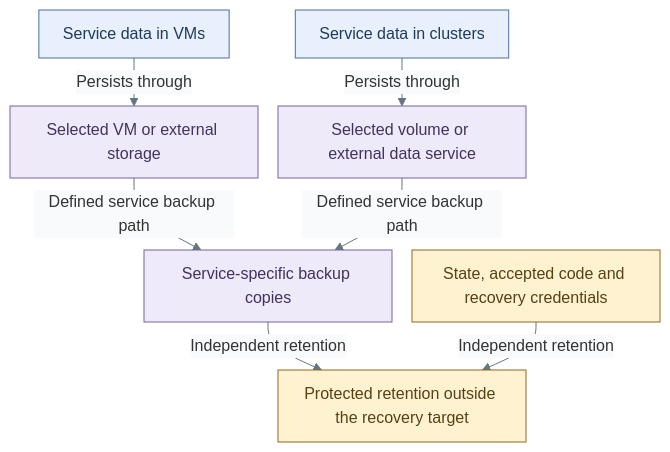
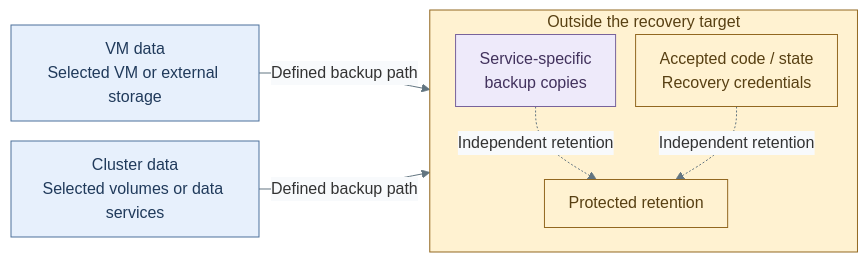
One commit to Rexus/homelab changed the second of 2 diagrams in docs/01-architecture/06-data/README.md. Above: the diagram before and after it, drawn with Mermaid. The commit also changed other lines of this file and 279 other files, not shown here.

````diff
--- a/docs/01-architecture/06-data/README.md
+++ b/docs/01-architecture/06-data/README.md
@@ -78,24 +100,23 @@
 ```mermaid
-%%{init: {"theme":"base","flowchart":{"nodeSpacing":20,"rankSpacing":24,"padding":12,"subGraphTitleMargin":{"top":4,"bottom":12}},"themeVariables":{"lineColor":"#627581","edgeLabelBackground":"#f8fafc"}}}%%
-flowchart TB
-  VMData["Service data in VMs"]
-  ClusterData["Service data in clusters"]
-  VMStorage["Selected VM or external storage"]
-  ClusterStorage["Selected volume or external data service"]
-  Backups["Service-specific backup copies"]
-  Records["State, accepted code and recovery credentials"]
-  Recovery["Protected retention outside the recovery target"]
-  VMData -->|Persists through| VMStorage
-  ClusterData -->|Persists through| ClusterStorage
-  VMStorage -->|Defined service backup path| Backups
-  ClusterStorage -->|Defined service backup path| Backups
-  Backups -->|Independent retention| Recovery
-  Records -->|Independent retention| Recovery
+%%{init: {"theme":"base","flowchart":{"nodeSpacing":20,"rankSpacing":24,"padding":12},"themeVariables":{"lineColor":"#627581","edgeLabelBackground":"#f8fafc"}}}%%
+flowchart LR
+  VMData["VM data<br/>Selected VM or external storage"]
+  ClusterData["Cluster data<br/>Selected volumes or data services"]
+  subgraph Independent["Outside the recovery target"]
+    direction TB
+    Backups["Service-specific<br/>backup copies"]
+    Records["Accepted code / state<br/>Recovery credentials"]
+    Recovery["Protected retention"]
+    Backups -. Independent retention .-> Recovery
+    Records -. Independent retention .-> Recovery
+  end
+  VMData -->|Defined backup path| Backups
+  ClusterData -->|Defined backup path| Backups
   classDef default fill:#f8fafc,stroke:#64748b,color:#1f2937
   classDef services fill:#e7f0fc,stroke:#4d719b,color:#203a5b
   classDef data fill:#eeeafa,stroke:#78639b,color:#42325d
   classDef custody fill:#fff2d1,stroke:#926820,color:#584013
   class VMData,ClusterData services
-  class VMStorage,ClusterStorage,Backups data
-  class Records,Recovery custody
+  class Backups data
+  class Independent,Records,Recovery custody
 ```
````
